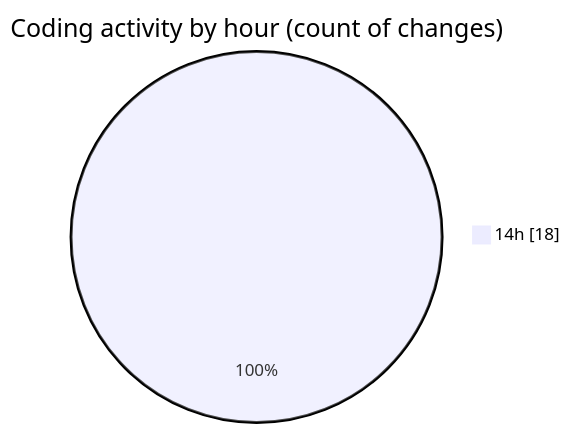
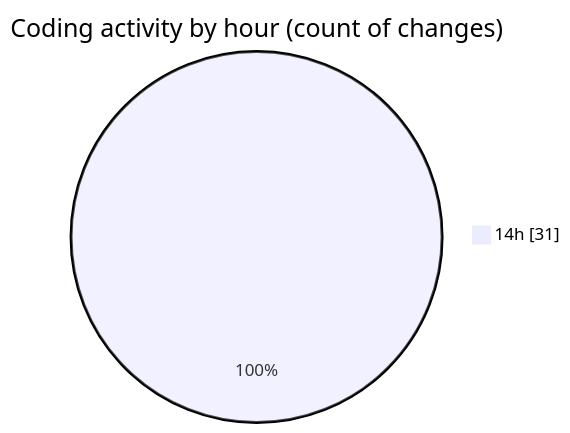
Before and after one commit to momahboobian/code-tracking: the second of 2 diagrams in 2026-05-11/cda/README.md, drawn with Mermaid. The commit also changed other lines of this file and 1 other file, not shown here.

````diff
--- a/2026-05-11/cda/README.md
+++ b/2026-05-11/cda/README.md
@@ -33,5 +41,5 @@
 ```mermaid
 pie showData
 title Coding activity by hour (count of changes)
-"14h" : 18
+"14h" : 31
 ```
````
